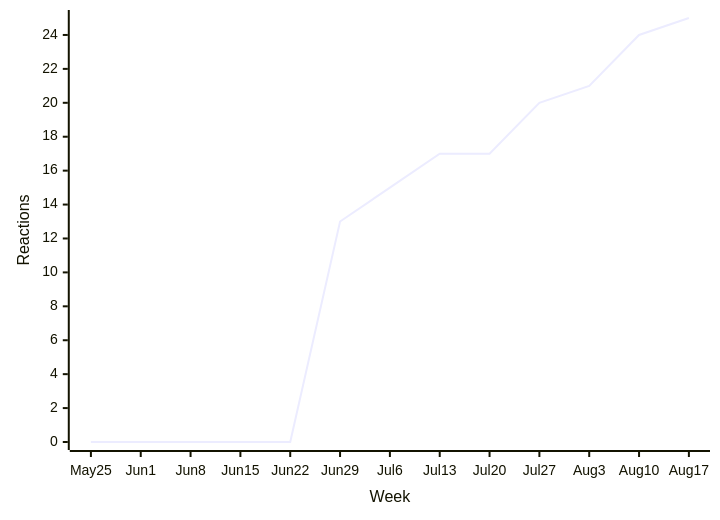
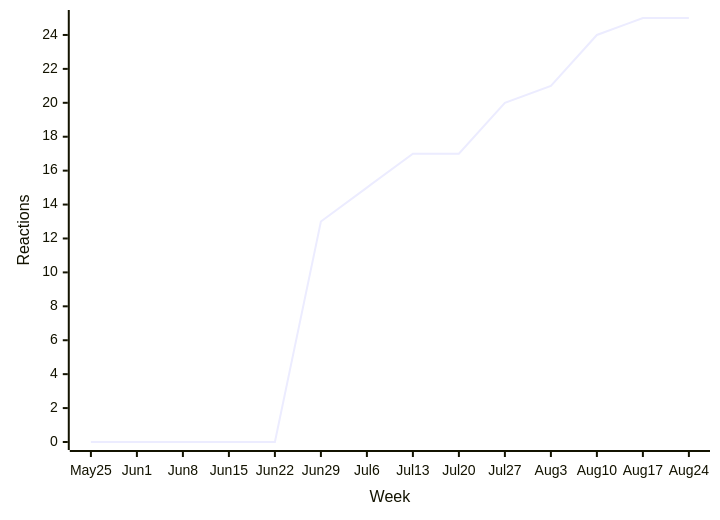
Before and after one commit to loic-sharma/github-insights: diagram 16 of 38 in README.md, drawn with Mermaid. The commit also changed other lines of this file and 3 other files, not shown here.

````diff
--- a/README.md
+++ b/README.md
@@ -579,6 +579,6 @@
   ```mermaid
   xychart-beta
-    x-axis "Week" [May 25, Jun 1, Jun 8, Jun 15, Jun 22, Jun 29, Jul 6, Jul 13, Jul 20, Jul 27, Aug 3, Aug 10, Aug 17]
+    x-axis "Week" [May 25, Jun 1, Jun 8, Jun 15, Jun 22, Jun 29, Jul 6, Jul 13, Jul 20, Jul 27, Aug 3, Aug 10, Aug 17, Aug 24]
     y-axis "Reactions"
-    line [0, 0, 0, 0, 0, 13, 15, 17, 17, 20, 21, 24, 25]
+    line [0, 0, 0, 0, 0, 13, 15, 17, 17, 20, 21, 24, 25, 25]
   ```
````
